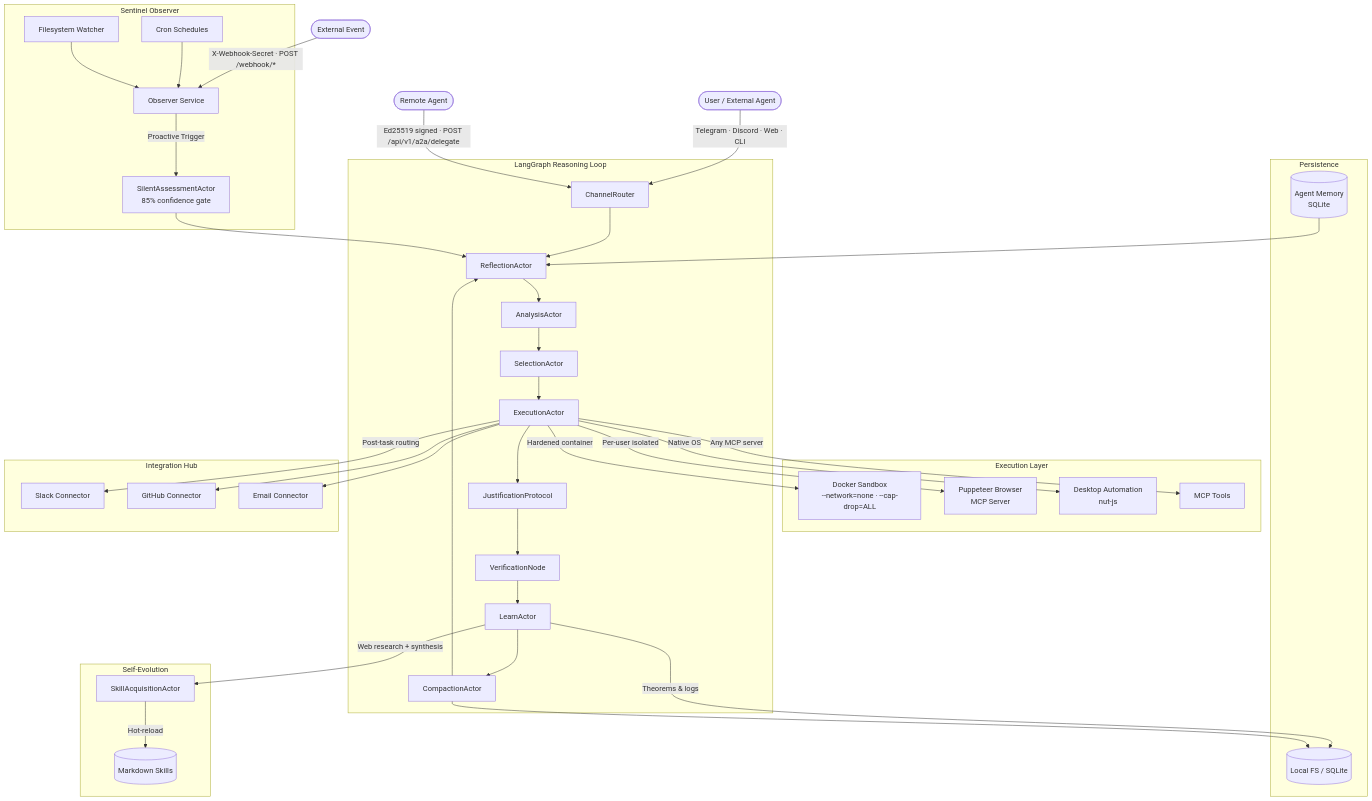
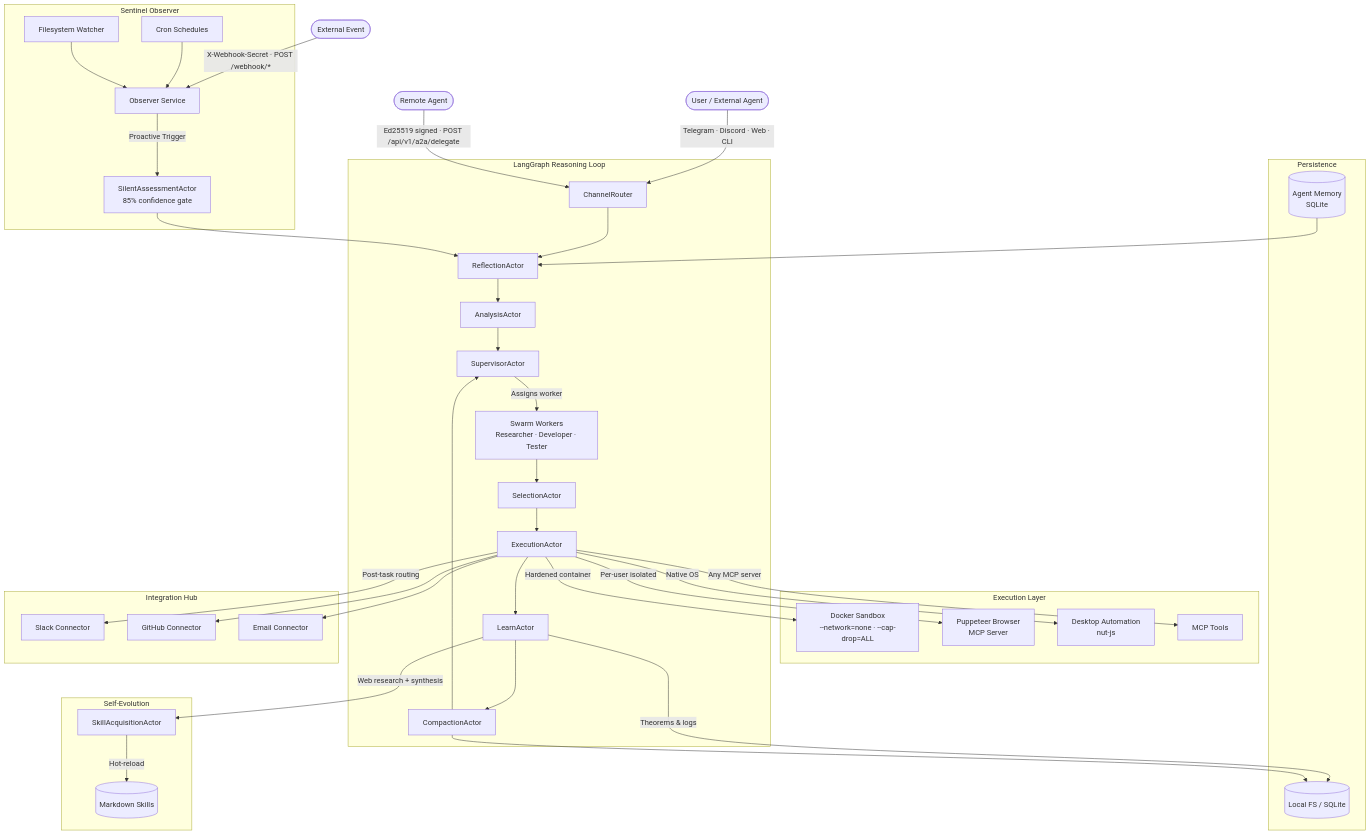
The diagram in README.md (VectorZen217/MidpointX), drawn with Mermaid before and after one commit. The commit also changed other lines of this file, not shown here.

Commit message:
docs: update README to reflect new features and test status

````diff
--- a/README.md
+++ b/README.md
@@ -79,50 +64,50 @@
 ```mermaid
 graph TD
     User([User / External Agent]) -->|Telegram · Discord · Web · CLI| Router[ChannelRouter]
     Agent([Remote Agent]) -->|Ed25519 signed · POST /api/v1/a2a/delegate| Router
     Webhook([External Event]) -->|X-Webhook-Secret · POST /webhook/*| Sentinel
 
     subgraph Sentinel Observer
         Sentinel[Observer Service]
         Cron[Cron Schedules] --> Sentinel
         FSWatch[Filesystem Watcher] --> Sentinel
         Sentinel -->|Proactive Trigger| SilentAssessment[SilentAssessmentActor\n85% confidence gate]
     end
 
     subgraph LangGraph Reasoning Loop
         Router --> Reflect[ReflectionActor]
         SilentAssessment --> Reflect
         Reflect --> Analyze[AnalysisActor]
-        Analyze --> Select[SelectionActor]
+        Analyze --> Supervisor[SupervisorActor]
+        Supervisor -->|Assigns worker| Swarm[Swarm Workers\nResearcher · Developer · Tester]
+        Swarm --> Select[SelectionActor]
         Select --> Execute[ExecutionActor]
-        Execute --> Justify[JustificationProtocol]
-        Justify --> Verify[VerificationNode]
-        Verify --> Learn[LearnActor]
+        Execute --> Learn[LearnActor]
         Learn --> Compact[CompactionActor]
-        Compact --> Reflect
+        Compact --> Supervisor
     end
 
     subgraph Execution Layer
         Execute -->|Hardened container| Sandbox[Docker Sandbox\n--network=none · --cap-drop=ALL]
         Execute -->|Per-user isolated| Browser[Puppeteer Browser\nMCP Server]
         Execute -->|Native OS| Desktop[Desktop Automation\nnut-js]
         Execute -->|Any MCP server| MCP[MCP Tools]
     end
 
     subgraph Persistence
         Learn -->|Theorems & logs| Store[(Local FS / SQLite)]
         Compact --> Store
         AgentMemory[(Agent Memory\nSQLite)] --> Reflect
     end
 
     subgraph Self-Evolution
         Learn -->|Web research + synthesis| SkillAcq[SkillAcquisitionActor]
         SkillAcq -->|Hot-reload| Skills[(Markdown Skills)]
     end
 
     subgraph Integration Hub
         Execute -->|Post-task routing| Slack[Slack Connector]
         Execute --> GitHub[GitHub Connector]
         Execute --> Email[Email Connector]
     end
 ```
````
